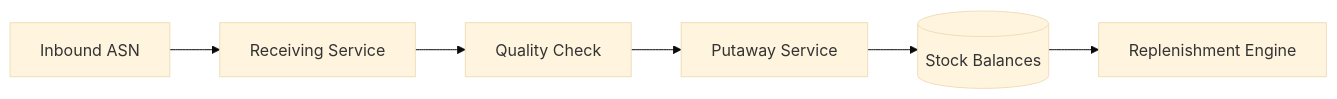
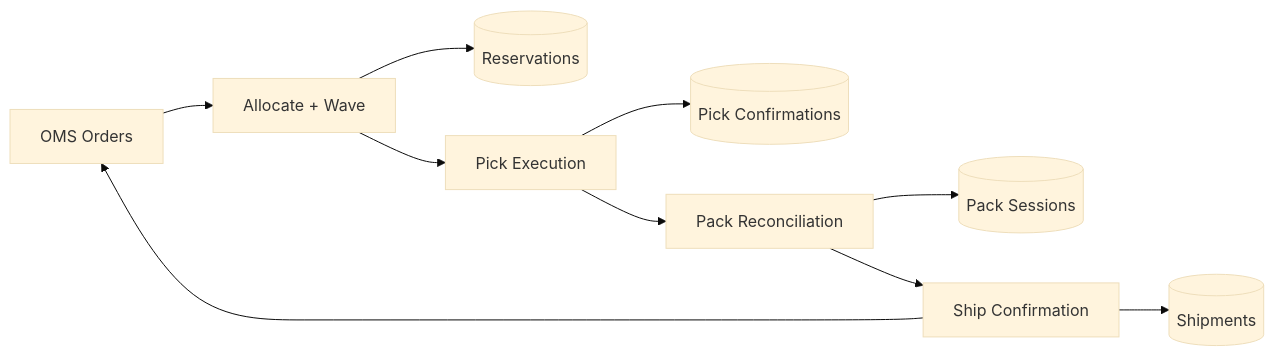
The first of 2 diagrams in Warehouse Management System/high-level-design/data-flow-diagrams.md (0Ankit0/Project-Ideas), drawn with Mermaid (base theme) before and after one commit. The commit also changed other lines of this file and 38 other files, not shown here.

````diff
--- a/Warehouse Management System/high-level-design/data-flow-diagrams.md
+++ b/Warehouse Management System/high-level-design/data-flow-diagrams.md
@@ -4,8 +4,12 @@
 ```mermaid
 flowchart LR
-    ASN[Inbound ASN] --> Receive[Receiving Service]
-    Receive --> QC[Quality Check]
-    QC --> Putaway[Putaway Service]
-    Putaway --> Stock[(Stock Balances)]
-    Stock --> Replenish[Replenishment Engine]
+    OMS[OMS Orders] --> P1[Allocate + Wave]
+    P1 --> D1[(Reservations)]
+    P1 --> P2[Pick Execution]
+    P2 --> D2[(Pick Confirmations)]
+    P2 --> P3[Pack Reconciliation]
+    P3 --> D3[(Pack Sessions)]
+    P3 --> P4[Ship Confirmation]
+    P4 --> D4[(Shipments)]
+    P4 --> OMS
 ```
````
